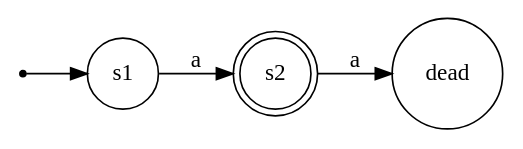
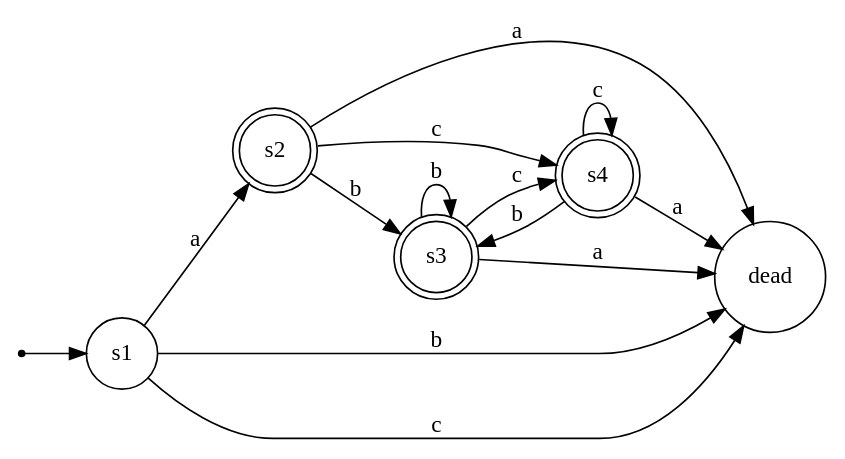
One commit to sauravatgithub-web/REGEX-to-Automata changed the diagram in dots/dfa.dot. Above: the diagram before and after it, drawn with Graphviz. The commit also changed 9 other files, not shown here.

```diff
--- a/dots/dfa.dot
+++ b/dots/dfa.dot
@@ -1,11 +1,23 @@
 digraph Automaton {
     rankdir=LR;
     node [shape=circle];
 
     __start__ [shape=point];
     __start__ -> s1;
     s2 [shape=doublecircle];
+    s3 [shape=doublecircle];
+    s4 [shape=doublecircle];
     s1 -> s2 [label="a"];
+    s1 -> s_dead [label="b"];
+    s1 -> s_dead [label="c"];
     s2 -> s_dead [label="a"];
+    s2 -> s3 [label="b"];
+    s2 -> s4 [label="c"];
+    s3 -> s_dead [label="a"];
+    s3 -> s3 [label="b"];
+    s3 -> s4 [label="c"];
+    s4 -> s_dead [label="a"];
+    s4 -> s3 [label="b"];
+    s4 -> s4 [label="c"];
     s_dead [label="dead"];
 }
```
